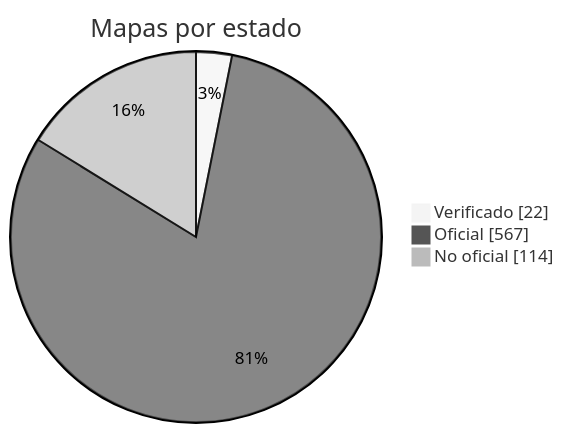
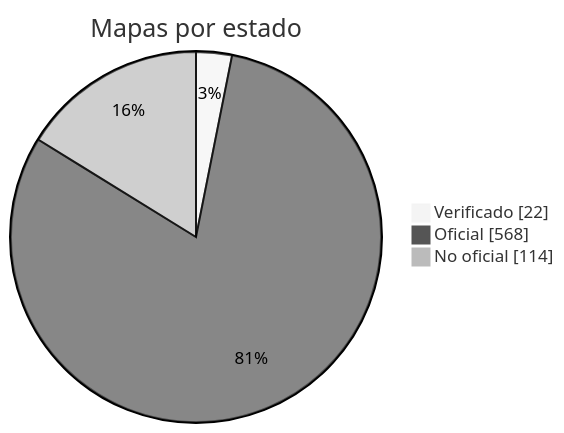
The diagram in docs/readme/README_ES.md (nobrega8/mbmap-library), drawn with Mermaid (neutral theme) before and after one commit. The commit also changed 6 other files, not shown here.

````diff
--- a/docs/readme/README_ES.md
+++ b/docs/readme/README_ES.md
@@ -54,7 +54,7 @@
 ```mermaid
 pie showData
     title Mapas por estado
     "Verificado" : 22
-    "Oficial" : 567
+    "Oficial" : 568
     "No oficial" : 114
 ```
````
